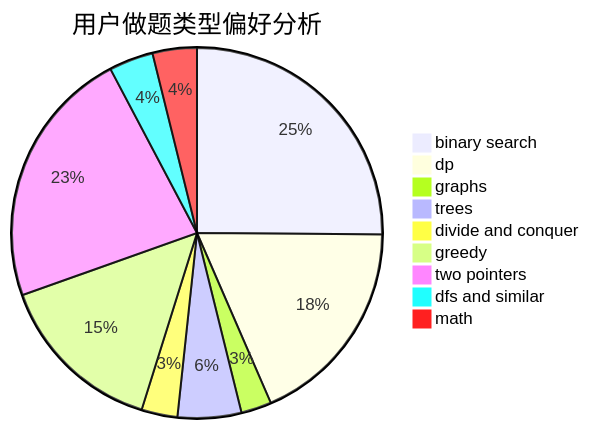
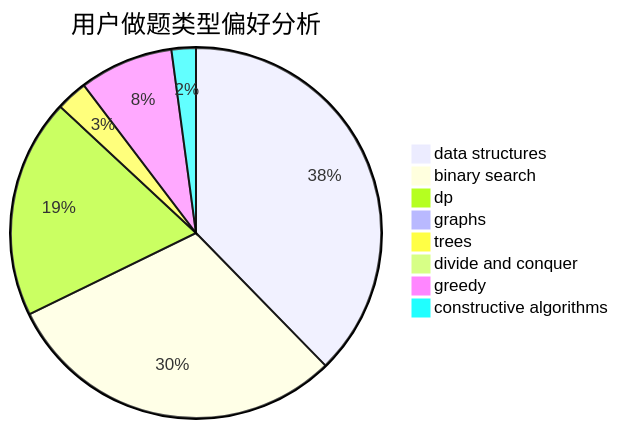
One commit to sherpahu/cfrs.github.io changed the second of 3 diagrams in docs/user/u1155.md. Above: the diagram before and after it, drawn with Mermaid. The commit also changed other lines of this file and 2775 other files, not shown here.

````diff
--- a/docs/user/u1155.md
+++ b/docs/user/u1155.md
@@ -23,12 +23,11 @@
 ```mermaid
 pie title 用户做题类型偏好分析
-    "binary search" :  104
-    "dp" :  76
-    "graphs" :  11
-    "trees" :  23
-    "divide and conquer" :  13
-    "greedy" :  61
-    "two pointers" :  94
-    "dfs and similar" :  16
-    "math" :  16
+    "data structures" :  124
+    "binary search" :  99
+    "dp" :  63
+    "graphs" :  0
+    "trees" :  9
+    "divide and conquer" :  0
+    "greedy" :  27
+    "constructive algorithms" :  7
 ```
````
